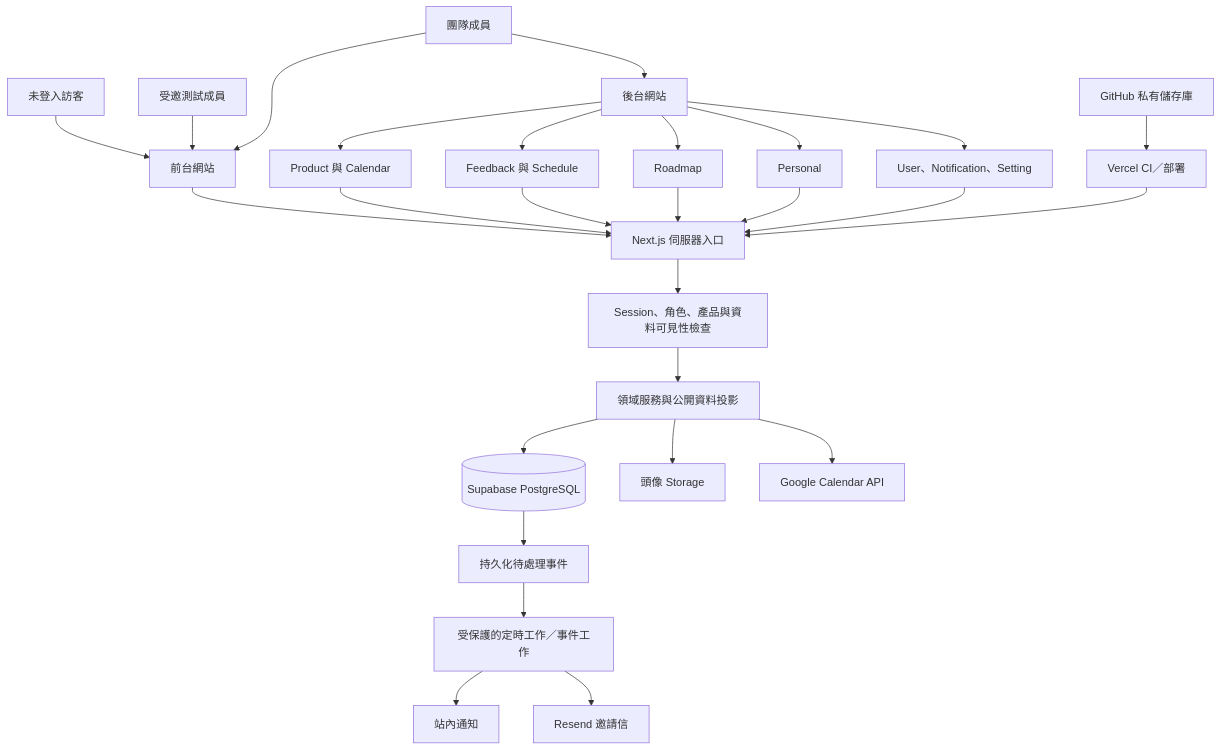
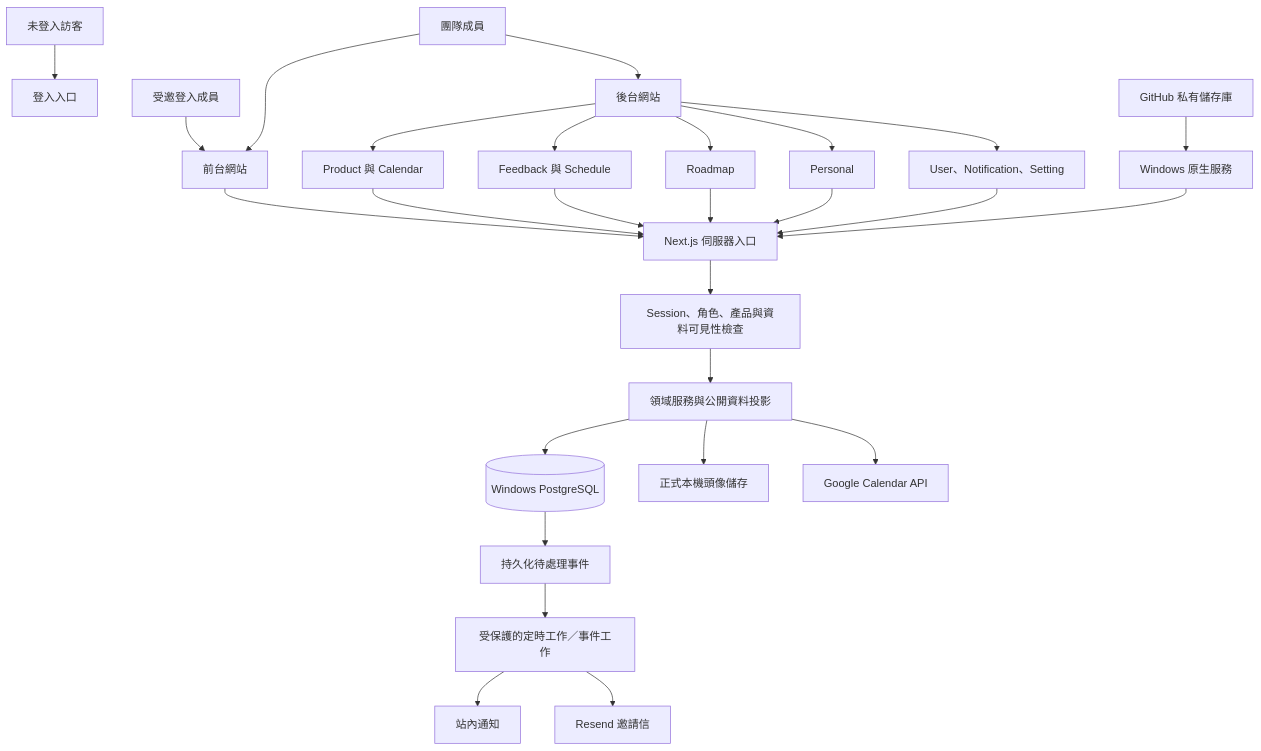
Before and after one commit to amber-ou/Chainseabase: the first of 2 diagrams in docs/02-architecture-and-data.md, drawn with Mermaid. The commit also changed other lines of this file and 26 other files, not shown here.

````diff
--- a/docs/02-architecture-and-data.md
+++ b/docs/02-architecture-and-data.md
@@ -9,29 +9,29 @@
 ```mermaid
 flowchart TD
-    Visitor[未登入訪客] --> Portal[前台網站]
-    Tester[受邀測試成員] --> Portal
+    Visitor[未登入訪客] --> Login[登入入口]
+    Tester[受邀登入成員] --> Portal[前台網站]
     Team[團隊成員] --> Portal
     Team --> Admin[後台網站]
     Admin --> Dashboard[Product 與 Calendar]
     Admin --> FB[Feedback 與 Schedule]
     Admin --> RM[Roadmap]
     Admin --> Personal[Personal]
     Admin --> Manage[User、Notification、Setting]
     Portal --> Gateway[Next.js 伺服器入口]
     Dashboard --> Gateway
     FB --> Gateway
     RM --> Gateway
     Personal --> Gateway
     Manage --> Gateway
     Gateway --> Auth[Session、角色、產品與資料可見性檢查]
     Auth --> Services[領域服務與公開資料投影]
-    Services --> DB[(Supabase PostgreSQL)]
-    Services --> Storage[頭像 Storage]
+    Services --> DB[(Windows PostgreSQL)]
+    Services --> Storage[正式本機頭像儲存]
     Services --> Calendar[Google Calendar API]
     DB --> Outbox[持久化待處理事件]
     Outbox --> Worker[受保護的定時工作／事件工作]
     Worker --> Notifications[站內通知]
     Worker --> Resend[Resend 邀請信]
-    GitHub[GitHub 私有儲存庫] --> Vercel[Vercel CI／部署]
-    Vercel --> Gateway
+    GitHub[GitHub 私有儲存庫] --> Windows[Windows 原生服務]
+    Windows --> Gateway
 ```
````
